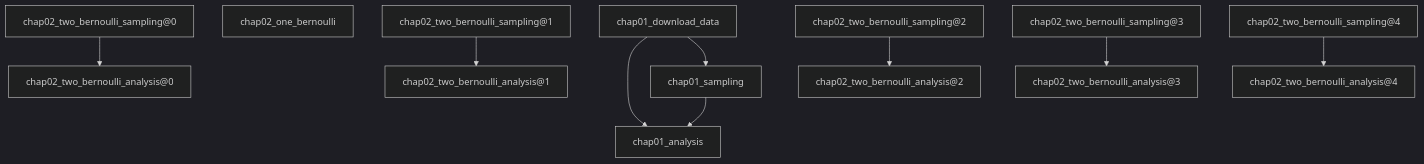
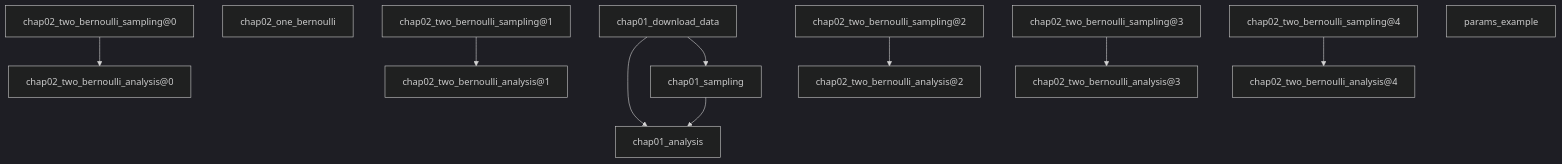
Before and after one commit to u-masao/bayesian-methods-for-hackers-memo: the diagram in PIPELINE.md, drawn with Mermaid (dark theme). The commit also changed 1 other file, not shown here.

Commit message:
[update] dvc repro

````diff
--- a/PIPELINE.md
+++ b/PIPELINE.md
@@ -1,25 +1,26 @@
 ```mermaid
 flowchart TD
 	node1["chap01_analysis"]
 	node2["chap01_download_data"]
 	node3["chap01_sampling"]
 	node2-->node1
 	node2-->node3
 	node3-->node1
 	node4["chap02_one_bernoulli"]
 	node5["chap02_two_bernoulli_analysis@0"]
 	node6["chap02_two_bernoulli_sampling@0"]
 	node6-->node5
 	node7["chap02_two_bernoulli_analysis@1"]
 	node8["chap02_two_bernoulli_sampling@1"]
 	node8-->node7
 	node9["chap02_two_bernoulli_analysis@2"]
 	node10["chap02_two_bernoulli_sampling@2"]
 	node10-->node9
 	node11["chap02_two_bernoulli_analysis@3"]
 	node12["chap02_two_bernoulli_sampling@3"]
 	node12-->node11
 	node13["chap02_two_bernoulli_analysis@4"]
 	node14["chap02_two_bernoulli_sampling@4"]
 	node14-->node13
+	node15["params_example"]
 ```
````
